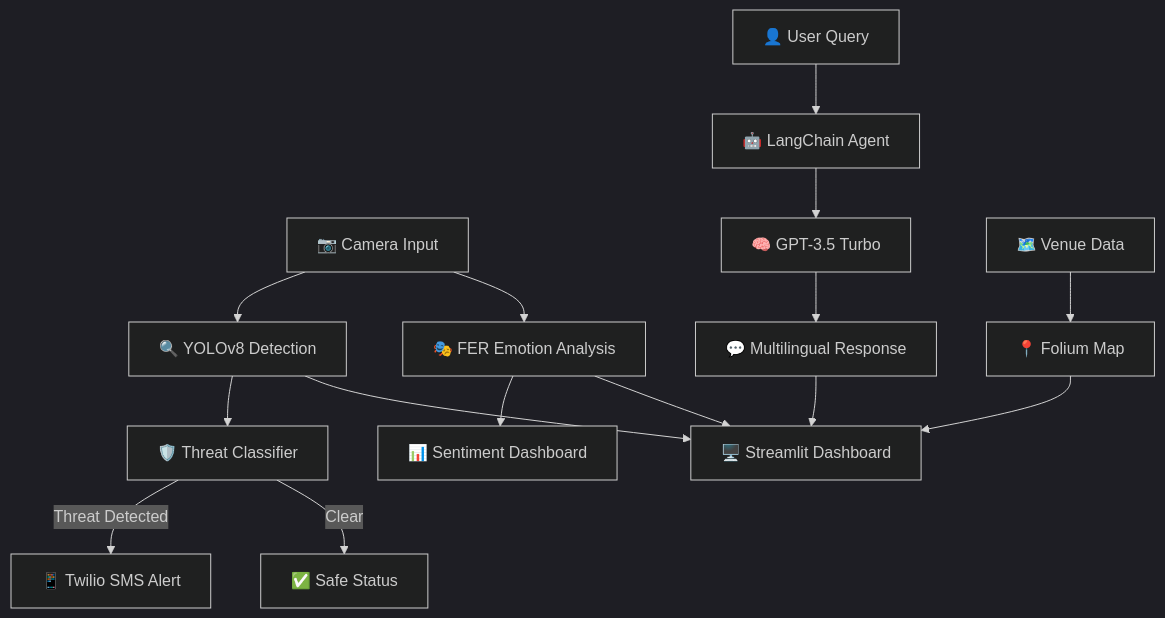
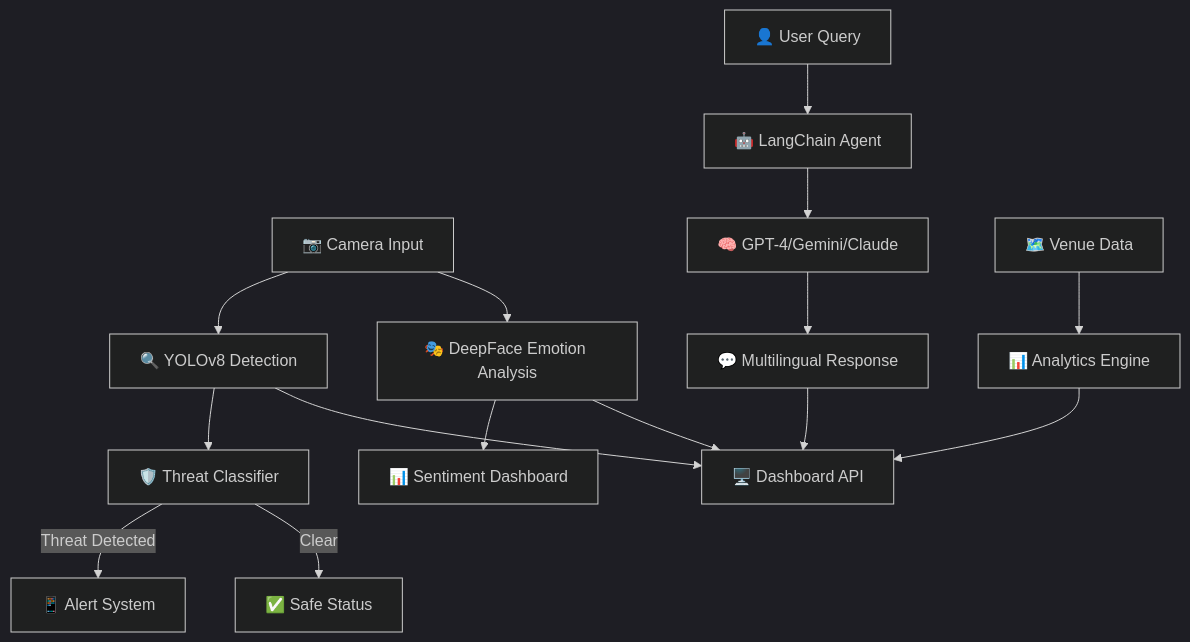
The second of 3 diagrams in README.md (achrafS133/CAN2025_Project), drawn with Mermaid (dark theme) before and after one commit. The commit also changed other lines of this file and 40 other files, not shown here.

````diff
--- a/README.md
+++ b/README.md
@@ -94,20 +119,20 @@
 ```mermaid
 graph TD
     A[📷 Camera Input] --> B[🔍 YOLOv8 Detection]
-    A --> C[🎭 FER Emotion Analysis]
+    A --> C[🎭 DeepFace Emotion Analysis]
     B --> D[🛡️ Threat Classifier]
     C --> E[📊 Sentiment Dashboard]
-    D -->|Threat Detected| F[📱 Twilio SMS Alert]
+    D -->|Threat Detected| F[📱 Alert System]
     D -->|Clear| G[✅ Safe Status]
-    
+
     H[👤 User Query] --> I[🤖 LangChain Agent]
-    I --> J[🧠 GPT-3.5 Turbo]
+    I --> J[🧠 GPT-4/Gemini/Claude]
     J --> K[💬 Multilingual Response]
-    
-    L[🗺️ Venue Data] --> M[📍 Folium Map]
-    M --> N[🖥️ Streamlit Dashboard]
-    
+
+    L[🗺️ Venue Data] --> M[📊 Analytics Engine]
+    M --> N[🖥️ Dashboard API]
+
     B --> N
     C --> N
     K --> N
 ```
````
